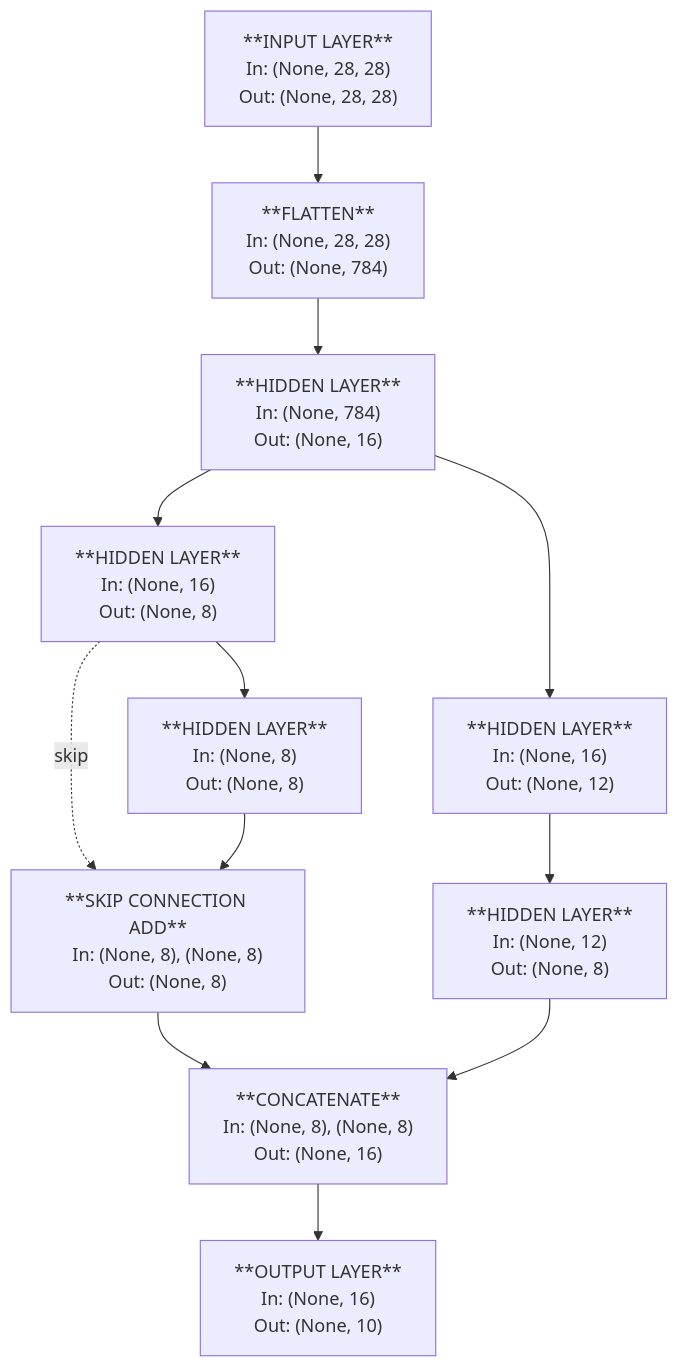
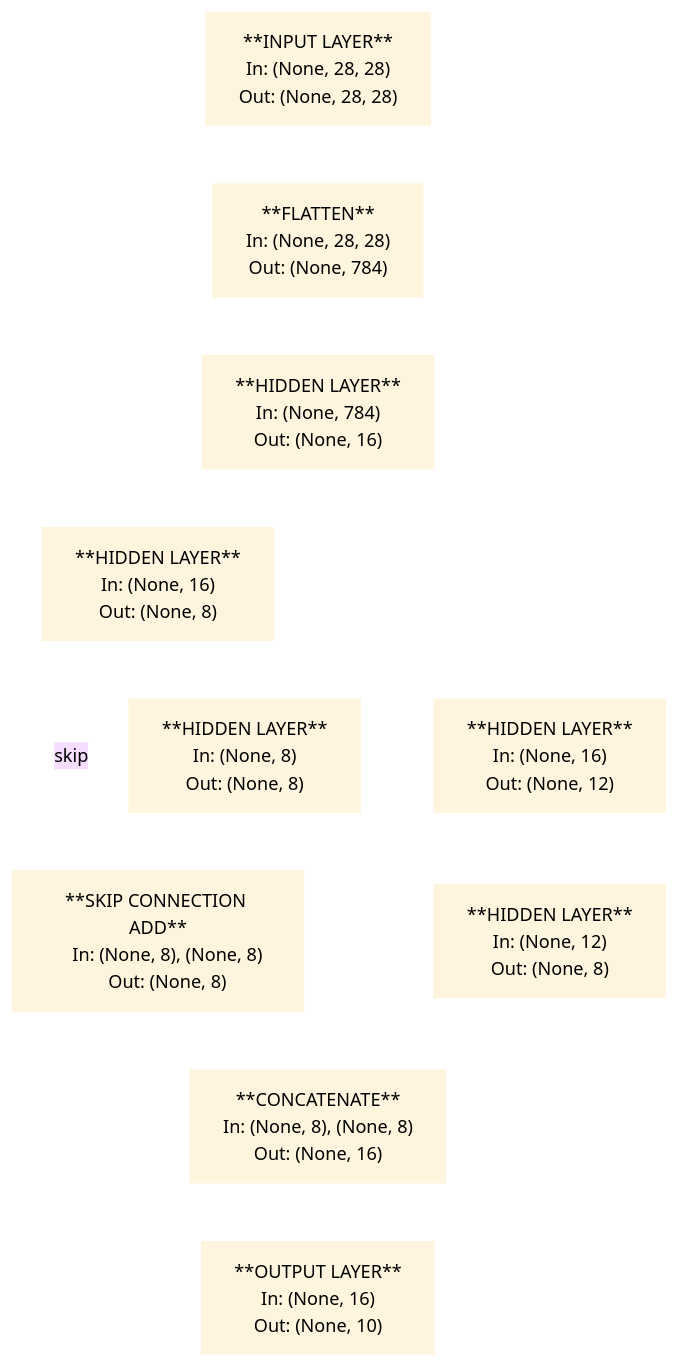
The diagram in base_task/README.md (risvanthkm/spider_ml_task1), drawn with Mermaid before and after one commit. The commit also changed 2 other files, not shown here.

Commit message:
readme styling

````diff
--- a/base_task/README.md
+++ b/base_task/README.md
@@ -11,53 +11,66 @@
 ```mermaid
+%%{
+init: {
+'theme':'base',
+'themeVariables':{
+'lineColor':'#FFFFFF',
+'primaryBorderColor':'#FFFFFF',
+'primaryTextColor':'#000000'
+}
+}
+}%%
+
 flowchart TD
     A["**INPUT LAYER**
     In: (None, 28, 28)
     Out: (None, 28, 28)"]
 
     B["**FLATTEN**
     In: (None, 28, 28)
     Out: (None, 784)"]
 
     C["**HIDDEN LAYER**
     In: (None, 784)
     Out: (None, 16)"]
 
     D["**HIDDEN LAYER**
     In: (None, 16)
     Out: (None, 8)"]
 
     E["**HIDDEN LAYER**
     In: (None, 16)
     Out: (None, 12)"]
 
     F["**HIDDEN LAYER**
     In: (None, 8)
     Out: (None, 8)"]
 
     G["**HIDDEN LAYER**
     In: (None, 12)
     Out: (None, 8)"]
 
     H["**SKIP CONNECTION ADD**
     In: (None, 8), (None, 8)
     Out: (None, 8)"]
 
     I["**CONCATENATE**
     In: (None, 8), (None, 8)
     Out: (None, 16)"]
 
     J["**OUTPUT LAYER**
     In: (None, 16)
     Out: (None, 10)"]
 
     A --> B --> C
     C --> D
     C --> E
     D --> F
     D -. skip .-> H
     F --> H
     E --> G
     H --> I
     G --> I
     I --> J
+    
+linkStyle default stroke:#FFFFFF,stroke-width:2px
 ```
````
